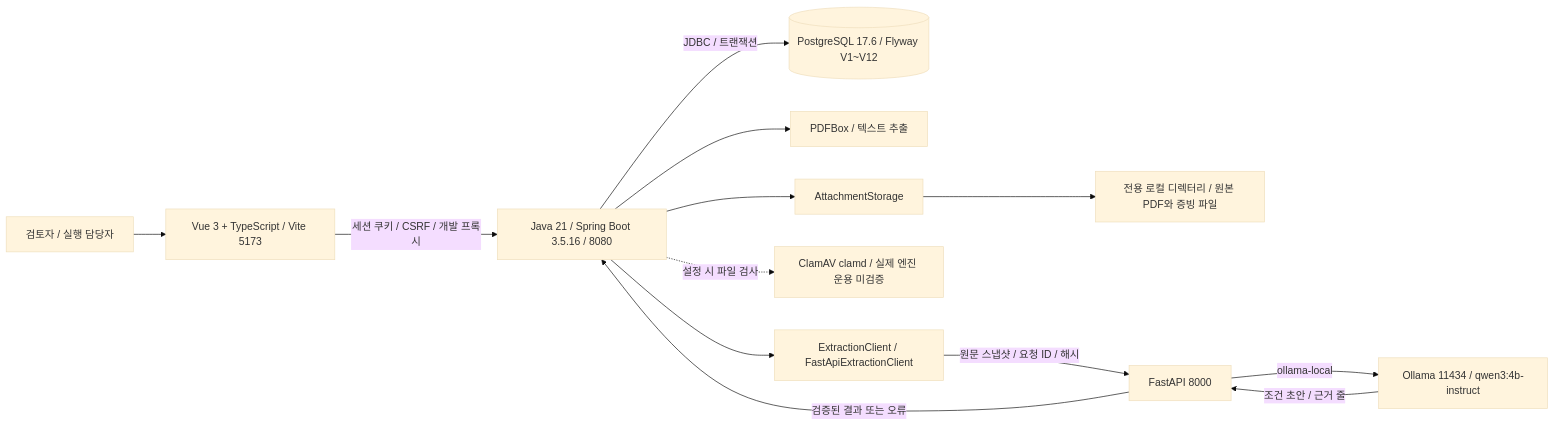
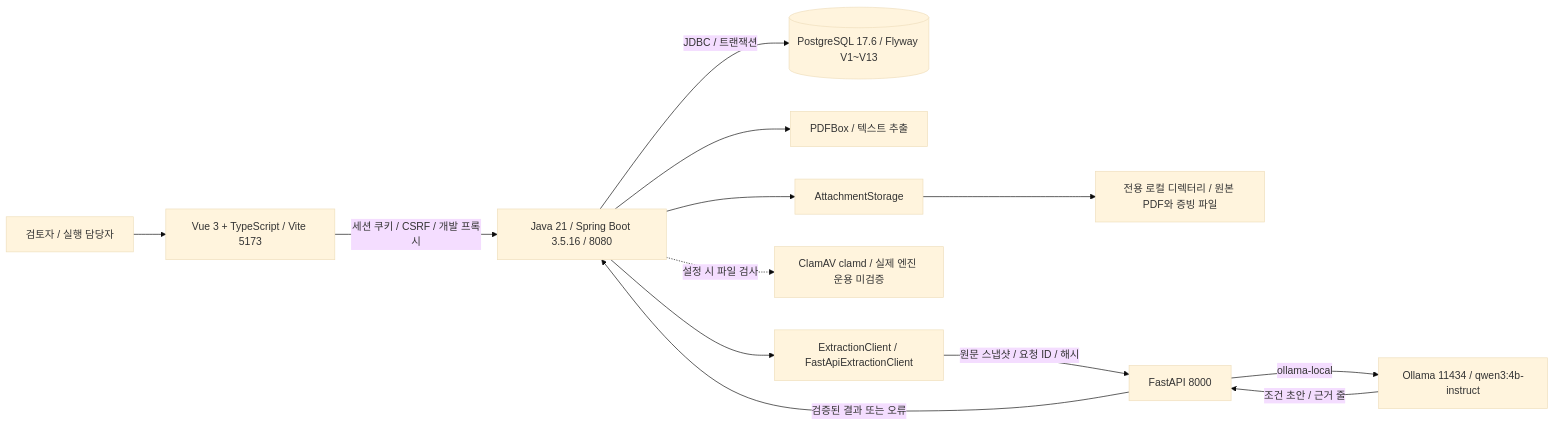
Before and after one commit to xixvivji/WeCall: the diagram in docs/design/architecture.md, drawn with Mermaid (base theme). The commit also changed other lines of this file and 30 other files, not shown here.

````diff
--- a/docs/design/architecture.md
+++ b/docs/design/architecture.md
@@ -5,15 +5,15 @@
 ```mermaid
 flowchart LR
     U[검토자 / 실행 담당자] --> V[Vue 3 + TypeScript / Vite 5173]
     V -->|세션 쿠키 / CSRF / 개발 프록시| B[Java 21 / Spring Boot 3.5.16 / 8080]
-    B -->|JDBC / 트랜잭션| P[(PostgreSQL 17.6 / Flyway V1~V12)]
+    B -->|JDBC / 트랜잭션| P[(PostgreSQL 17.6 / Flyway V1~V13)]
     B --> D[PDFBox / 텍스트 추출]
     B --> S[AttachmentStorage]
     S --> L[전용 로컬 디렉터리 / 원본 PDF와 증빙 파일]
     B -. 설정 시 파일 검사 .-> C[ClamAV clamd / 실제 엔진 운용 미검증]
     B --> E[ExtractionClient / FastApiExtractionClient]
     E -->|원문 스냅샷 / 요청 ID / 해시| F[FastAPI 8000]
     F -->|ollama-local| O[Ollama 11434 / qwen3:4b-instruct]
     O -->|조건 초안 / 근거 줄| F
     F -->|검증된 결과 또는 오류| B
 ```
````
